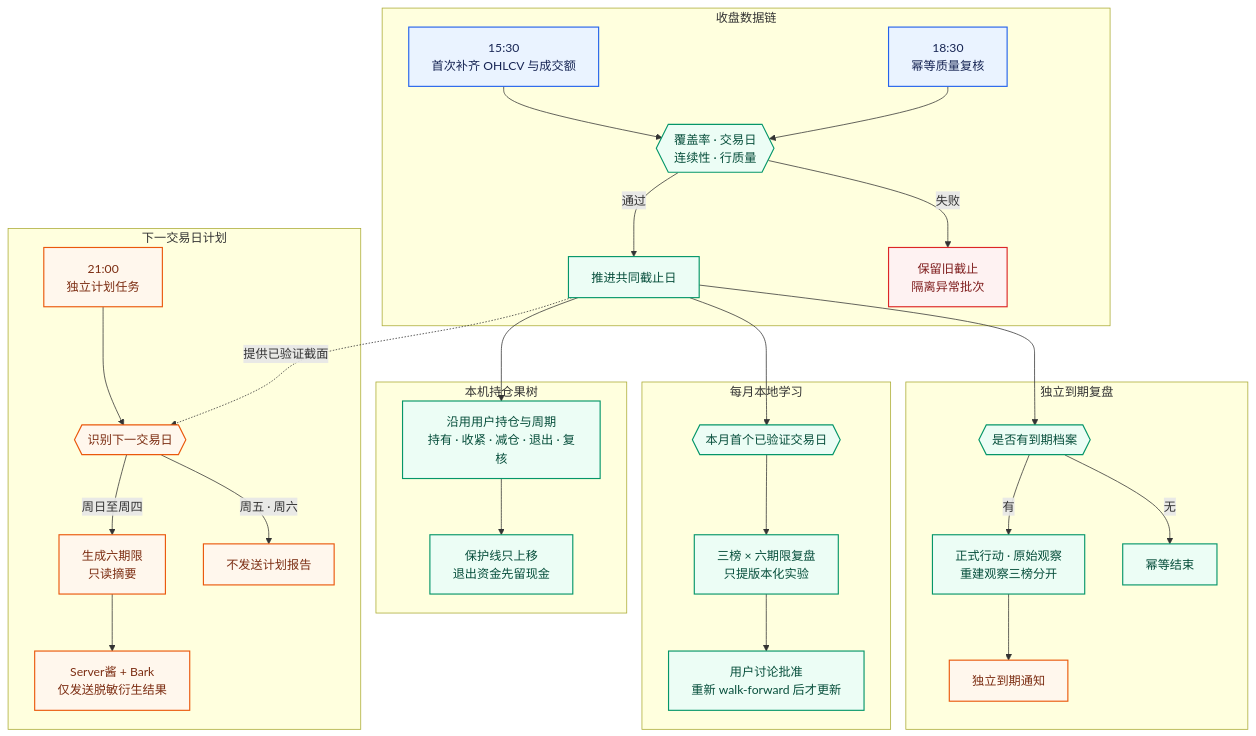
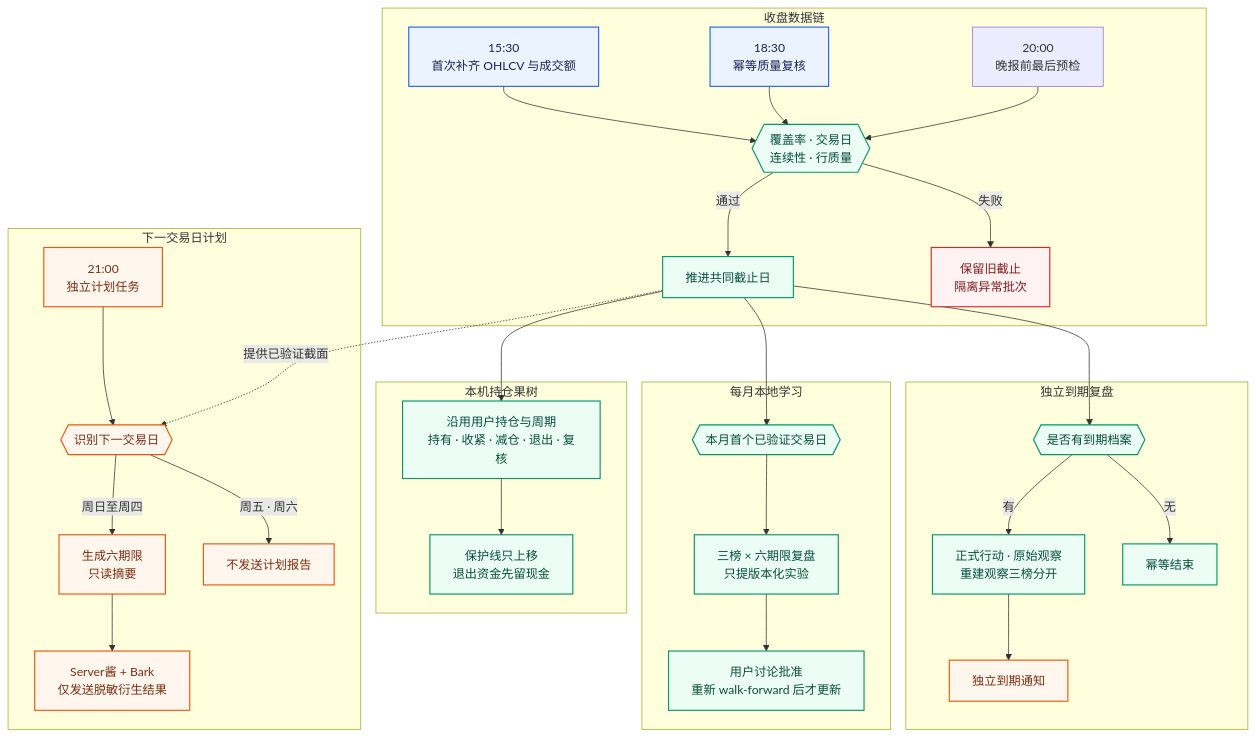
One commit to zerongwong/a-share-lab changed the third of 3 diagrams in README.md. Above: the diagram before and after it, drawn with Mermaid. The commit also changed other lines of this file and 13 other files, not shown here.

````diff
--- a/README.md
+++ b/README.md
@@ -194,44 +194,45 @@
 ```mermaid
 flowchart TB
     subgraph CLOSE["收盘数据链"]
         A["15:30<br/>首次补齐 OHLCV 与成交额"] --> C{{"覆盖率 · 交易日<br/>连续性 · 行质量"}}
         B["18:30<br/>幂等质量复核"] --> C
+        B2["20:00<br/>晚报前最后预检"] --> C
         C -->|通过| D["推进共同截止日"]
         C -->|失败| Q["保留旧截止<br/>隔离异常批次"]
     end
 
     subgraph REVIEW["独立到期复盘"]
         D --> P{{"是否有到期档案"}}
         P -->|有| R["正式行动 · 原始观察<br/>重建观察三榜分开"]
         R --> N["独立到期通知"]
         P -->|无| I["幂等结束"]
     end
 
     subgraph HOLDING["本机持仓果树"]
         D --> H["沿用用户持仓与周期<br/>持有 · 收紧 · 减仓 · 退出 · 复核"]
         H --> X["保护线只上移<br/>退出资金先留现金"]
     end
 
     subgraph MONTHLY["每月本地学习"]
         D --> M{{"本月首个已验证交易日"}}
         M --> V["三榜 × 六期限复盘<br/>只提版本化实验"]
         V --> U["用户讨论批准<br/>重新 walk-forward 后才更新"]
     end
 
     subgraph REPORT["下一交易日计划"]
         T["21:00<br/>独立计划任务"] --> W{{"识别下一交易日"}}
         D -.->|提供已验证截面| W
         W -->|周日至周四| E["生成六期限<br/>只读摘要"]
         E --> F["Server酱 + Bark<br/>仅发送脱敏衍生结果"]
         W -->|周五 · 周六| G["不发送计划报告"]
     end
 
     classDef sync fill:#EAF3FF,stroke:#2563EB,color:#172554,stroke-width:1.5px;
     classDef verify fill:#ECFDF5,stroke:#059669,color:#064E3B,stroke-width:1.5px;
     classDef warn fill:#FEF2F2,stroke:#DC2626,color:#7F1D1D,stroke-width:1.5px;
     classDef notify fill:#FFF7ED,stroke:#EA580C,color:#7C2D12,stroke-width:1.5px;
     class A,B sync;
     class C,D,P,R,I,H,X,M,V,U verify;
     class Q warn;
     class N,T,W,E,F,G notify;
 ```
````
